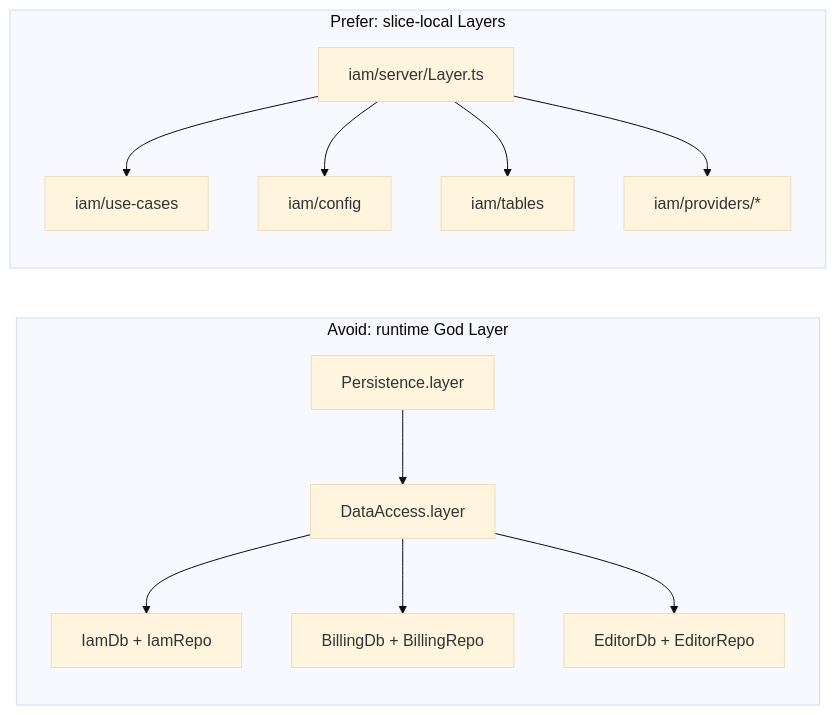
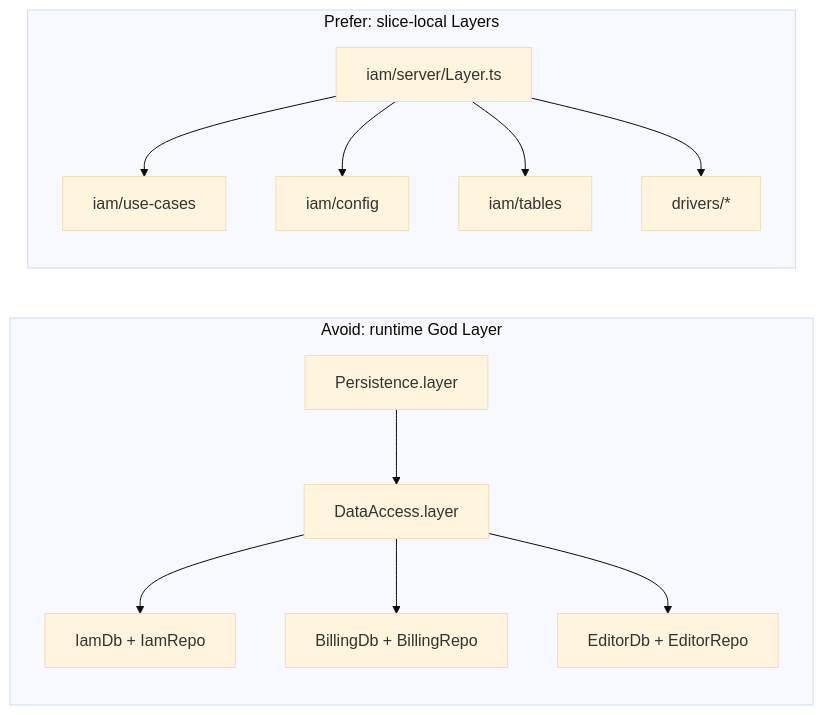
Before and after one commit to kriegcloud/beep-effect: the sixth of 6 diagrams in standards/ARCHITECTURE.md, drawn with Mermaid (base theme). The commit also changed other lines of this file and 12 other files, not shown here.

````diff
--- a/standards/ARCHITECTURE.md
+++ b/standards/ARCHITECTURE.md
@@ -970,26 +1247,26 @@
 ```mermaid
 flowchart LR
   subgraph god["Avoid: runtime God Layer"]
     data["DataAccess.layer"]
     p["Persistence.layer"]
     iam["IamDb + IamRepo"]
     billing["BillingDb + BillingRepo"]
     editor["EditorDb + EditorRepo"]
     data --> iam
     data --> billing
     data --> editor
     p --> data
   end
 
   subgraph local["Prefer: slice-local Layers"]
     iamLayer["iam/server/Layer.ts"]
     iamConfig["iam/config"]
-    iamProviders["iam/providers/*"]
+    repoDrivers["drivers/*"]
     iamTables["iam/tables"]
     iamUse["iam/use-cases"]
     iamLayer --> iamUse
     iamLayer --> iamConfig
     iamLayer --> iamTables
-    iamLayer --> iamProviders
+    iamLayer --> repoDrivers
   end
 ```
````
